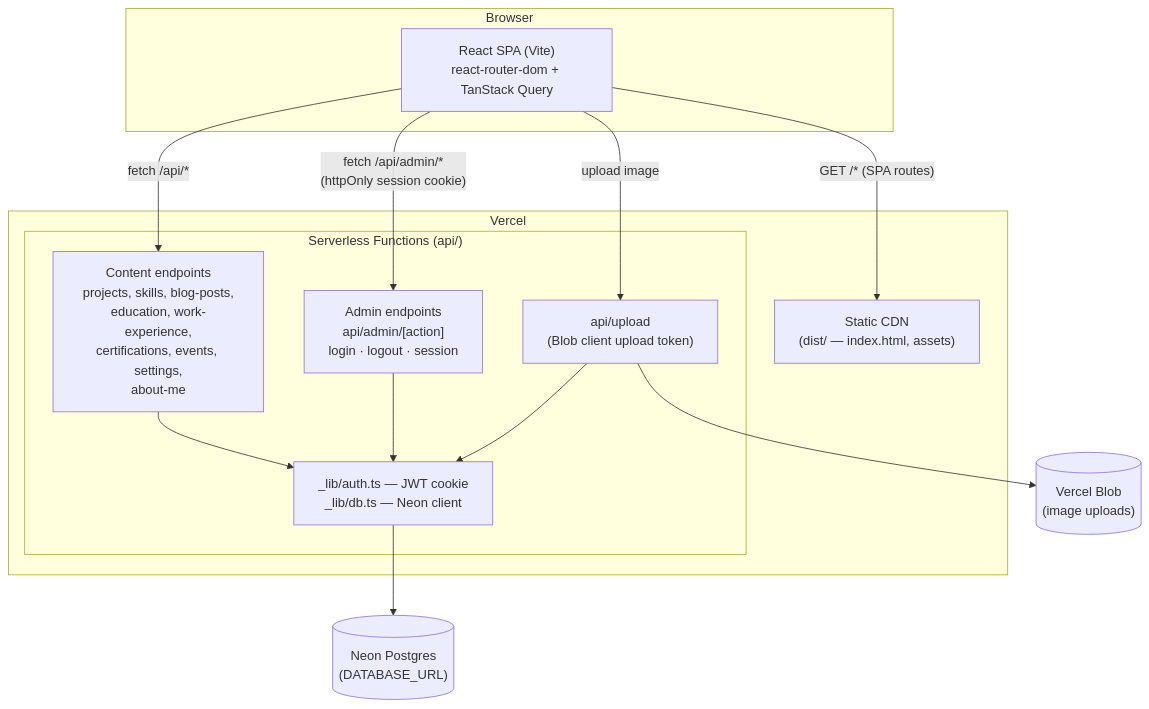
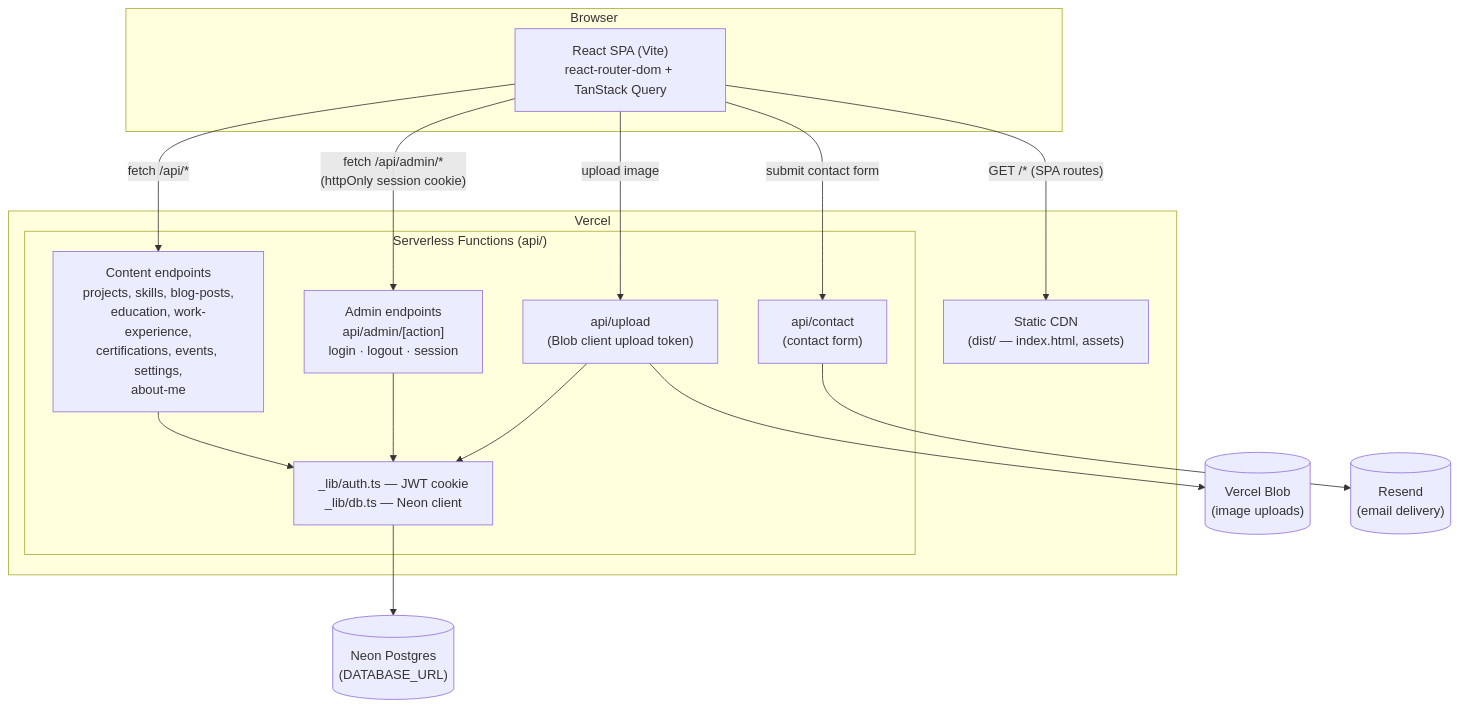
One commit to Vaibhavee89/portfolio-website-vaibhavee changed the diagram in README.md. Above: the diagram before and after it, drawn with Mermaid. The commit also changed other lines of this file and 6 other files, not shown here.

First line of the commit message:
Replace client-side EmailJS with server-side Resend for contact form

````diff
--- a/README.md
+++ b/README.md
@@ -42,30 +43,34 @@
 ```mermaid
 flowchart TB
     subgraph Client["Browser"]
         SPA["React SPA (Vite)\nreact-router-dom + TanStack Query"]
     end
 
     subgraph Vercel["Vercel"]
         CDN["Static CDN\n(dist/ — index.html, assets)"]
         subgraph Functions["Serverless Functions (api/)"]
             Public["Content endpoints\nprojects, skills, blog-posts,\neducation, work-experience,\ncertifications, events, settings,\nabout-me"]
             Admin["Admin endpoints\napi/admin/[action]\nlogin · logout · session"]
             Upload["api/upload\n(Blob client upload token)"]
+            Contact["api/contact\n(contact form)"]
             Lib["_lib/auth.ts — JWT cookie\n_lib/db.ts — Neon client"]
         end
     end
 
     DB[("Neon Postgres\n(DATABASE_URL)")]
     Blob[("Vercel Blob\n(image uploads)")]
+    Resend[("Resend\n(email delivery)")]
 
     SPA -- "GET /*  (SPA routes)" --> CDN
     SPA -- "fetch /api/*" --> Public
     SPA -- "fetch /api/admin/*\n(httpOnly session cookie)" --> Admin
     SPA -- "upload image" --> Upload
+    SPA -- "submit contact form" --> Contact
 
     Public --> Lib
     Admin --> Lib
     Upload --> Lib
     Lib --> DB
     Upload --> Blob
+    Contact --> Resend
 ```
````
